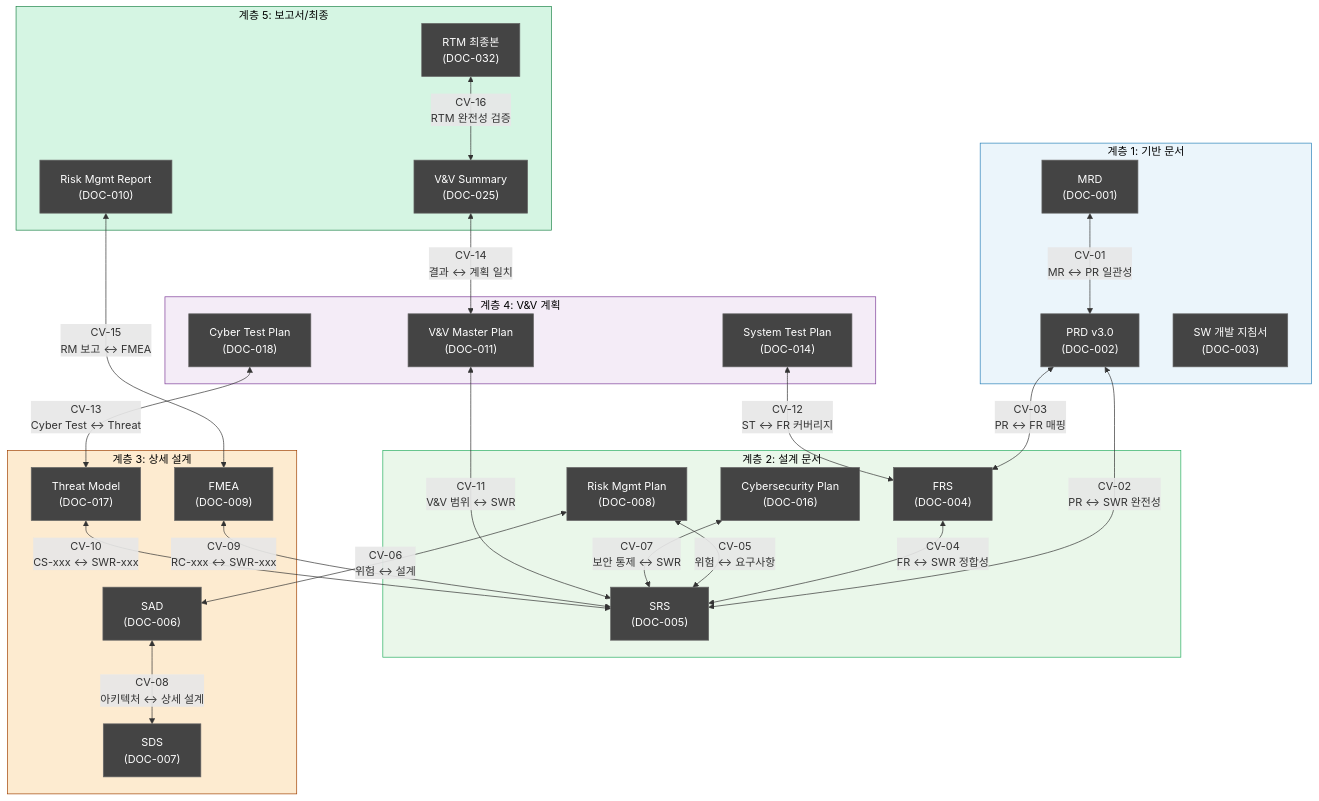
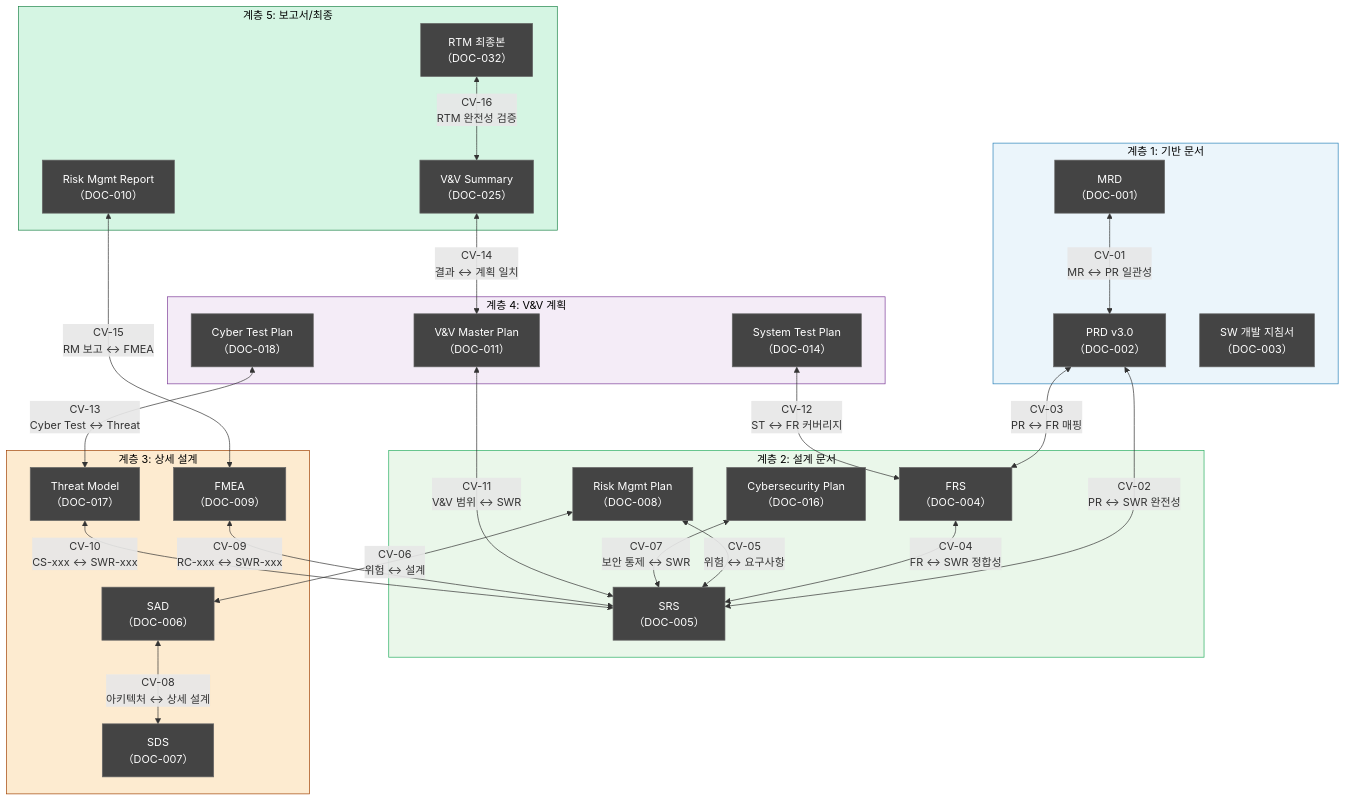
Before and after one commit to holee9/console-gui: the sixth of 9 diagrams in docs/management/DMP-001_DMP_v1.0.md, drawn with Mermaid. The commit also changed other lines of this file and 22 other files, not shown here.

First line of the commit message:
fix: Mermaid flowchart 노드 내 괄호 파싱 오류 전면 수정

````diff
--- a/docs/management/DMP-001_DMP_v1.0.md
+++ b/docs/management/DMP-001_DMP_v1.0.md
@@ -719,58 +719,58 @@
 ```mermaid
 flowchart TD
     classDef default fill:#444,stroke:#666,color:#fff
     subgraph TIER1["계층 1: 기반 문서"]
-        MRD_V["MRD\n(DOC-001)"]
-        PRD_V["PRD v3.0\n(DOC-002)"]
-        SDG_V["SW 개발 지침서\n(DOC-003)"]
+        MRD_V["MRD\n（DOC-001）"]
+        PRD_V["PRD v3.0\n（DOC-002）"]
+        SDG_V["SW 개발 지침서\n（DOC-003）"]
     end
 
     subgraph TIER2["계층 2: 설계 문서"]
-        FRS_V["FRS\n(DOC-004)"]
-        SRS_V["SRS\n(DOC-005)"]
-        RMP_V["Risk Mgmt Plan\n(DOC-008)"]
-        CMP_V["Cybersecurity Plan\n(DOC-016)"]
+        FRS_V["FRS\n（DOC-004）"]
+        SRS_V["SRS\n（DOC-005）"]
+        RMP_V["Risk Mgmt Plan\n（DOC-008）"]
+        CMP_V["Cybersecurity Plan\n（DOC-016）"]
     end
 
     subgraph TIER3["계층 3: 상세 설계"]
-        SAD_V["SAD\n(DOC-006)"]
-        SDS_V["SDS\n(DOC-007)"]
-        FMEA_V["FMEA\n(DOC-009)"]
-        TMA_V["Threat Model\n(DOC-017)"]
+        SAD_V["SAD\n（DOC-006）"]
+        SDS_V["SDS\n（DOC-007）"]
+        FMEA_V["FMEA\n（DOC-009）"]
+        TMA_V["Threat Model\n（DOC-017）"]
     end
 
     subgraph TIER4["계층 4: V&V 계획"]
-        VVP_V["V&V Master Plan\n(DOC-011)"]
-        STP_V["System Test Plan\n(DOC-014)"]
-        CTP_V["Cyber Test Plan\n(DOC-018)"]
+        VVP_V["V&V Master Plan\n（DOC-011）"]
+        STP_V["System Test Plan\n（DOC-014）"]
+        CTP_V["Cyber Test Plan\n（DOC-018）"]
     end
 
     subgraph TIER5["계층 5: 보고서/최종"]
-        VVR_V["V&V Summary\n(DOC-025)"]
-        RMR_V["Risk Mgmt Report\n(DOC-010)"]
-        RTM_V["RTM 최종본\n(DOC-032)"]
+        VVR_V["V&V Summary\n（DOC-025）"]
+        RMR_V["Risk Mgmt Report\n（DOC-010）"]
+        RTM_V["RTM 최종본\n（DOC-032）"]
     end
 
     MRD_V <-->|"CV-01\nMR ↔ PR 일관성"| PRD_V
     PRD_V <-->|"CV-02\nPR ↔ SWR 완전성"| SRS_V
     PRD_V <-->|"CV-03\nPR ↔ FR 매핑"| FRS_V
     FRS_V <-->|"CV-04\nFR ↔ SWR 정합성"| SRS_V
     RMP_V <-->|"CV-05\n위험 ↔ 요구사항"| SRS_V
     RMP_V <-->|"CV-06\n위험 ↔ 설계"| SAD_V
     CMP_V <-->|"CV-07\n보안 통제 ↔ SWR"| SRS_V
     SAD_V <-->|"CV-08\n아키텍처 ↔ 상세 설계"| SDS_V
     FMEA_V <-->|"CV-09\nRC-xxx ↔ SWR-xxx"| SRS_V
     TMA_V <-->|"CV-10\nCS-xxx ↔ SWR-xxx"| SRS_V
     VVP_V <-->|"CV-11\nV&V 범위 ↔ SWR"| SRS_V
     STP_V <-->|"CV-12\nST ↔ FR 커버리지"| FRS_V
     CTP_V <-->|"CV-13\nCyber Test ↔ Threat"| TMA_V
     VVR_V <-->|"CV-14\n결과 ↔ 계획 일치"| VVP_V
     RMR_V <-->|"CV-15\nRM 보고 ↔ FMEA"| FMEA_V
     RTM_V <-->|"CV-16\nRTM 완전성 검증"| VVR_V
 
     style TIER1 fill:#EBF5FB,stroke:#2980B9,color:#000
     style TIER2 fill:#EAF7EA,stroke:#27AE60,color:#000
     style TIER3 fill:#FDEBD0,stroke:#A04000,color:#000
     style TIER4 fill:#F4ECF7,stroke:#7D3C98,color:#000
     style TIER5 fill:#D5F5E3,stroke:#1E8449,color:#000
 ```
````
